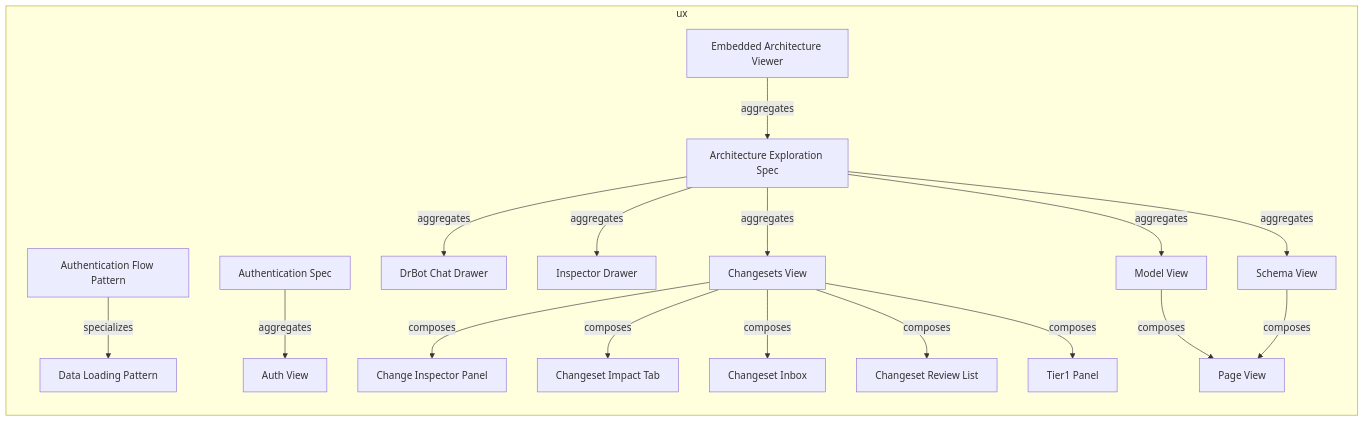
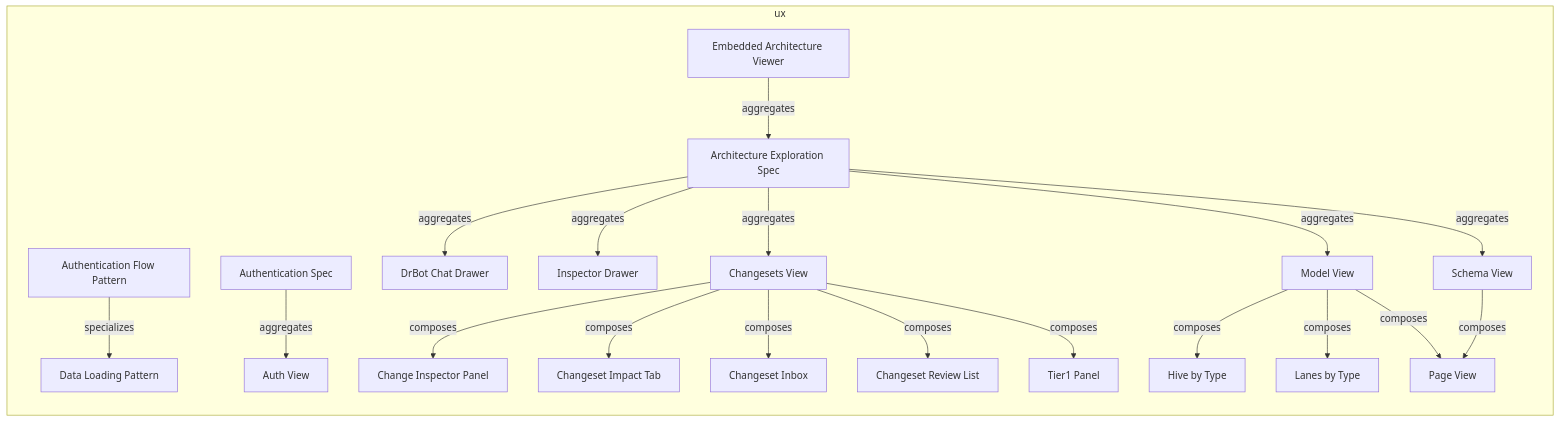
The first of 2 diagrams in documentation-robotics/reports/10-ux-layer-report.md (tinkermonkey/documentation_robotics_viewer), drawn with Mermaid before and after one commit. The commit also changed other lines of this file and 30 other files, not shown here.

First line of the commit message:
chore(dr): land the model-view-by-type and drbot-floating-panel plans

````diff
--- a/documentation-robotics/reports/10-ux-layer-report.md
+++ b/documentation-robotics/reports/10-ux-layer-report.md
@@ -32,37 +32,41 @@
 ```mermaid
 flowchart LR
   subgraph ux
     ux_statepattern_authentication_flow_pattern["Authentication Flow Pattern"]
     ux_statepattern_data_loading_pattern["Data Loading Pattern"]
     ux_subview_change_inspector_panel["Change Inspector Panel"]
     ux_subview_changeset_impact_tab["Changeset Impact Tab"]
     ux_subview_changeset_inbox["Changeset Inbox"]
     ux_subview_changeset_review_list["Changeset Review List"]
+    ux_subview_hive_by_type["Hive by Type"]
+    ux_subview_lanes_by_type["Lanes by Type"]
     ux_subview_page_view["Page View"]
     ux_subview_tier1_panel["Tier1 Panel"]
     ux_uxapplication_embedded_architecture_viewer["Embedded Architecture Viewer"]
     ux_uxspec_architecture_exploration_spec["Architecture Exploration Spec"]
     ux_uxspec_authentication_spec["Authentication Spec"]
     ux_view_auth_view["Auth View"]
     ux_view_changesets_view["Changesets View"]
     ux_view_dr_bot_chat_drawer["DrBot Chat Drawer"]
     ux_view_inspector_drawer["Inspector Drawer"]
     ux_view_model_view["Model View"]
     ux_view_schema_view["Schema View"]
     ux_statepattern_authentication_flow_pattern -->|specializes| ux_statepattern_data_loading_pattern
     ux_uxapplication_embedded_architecture_viewer -->|aggregates| ux_uxspec_architecture_exploration_spec
     ux_uxspec_architecture_exploration_spec -->|aggregates| ux_view_changesets_view
     ux_uxspec_architecture_exploration_spec -->|aggregates| ux_view_dr_bot_chat_drawer
     ux_uxspec_architecture_exploration_spec -->|aggregates| ux_view_inspector_drawer
     ux_uxspec_architecture_exploration_spec -->|aggregates| ux_view_model_view
     ux_uxspec_architecture_exploration_spec -->|aggregates| ux_view_schema_view
     ux_uxspec_authentication_spec -->|aggregates| ux_view_auth_view
     ux_view_changesets_view -->|composes| ux_subview_change_inspector_panel
     ux_view_changesets_view -->|composes| ux_subview_changeset_impact_tab
     ux_view_changesets_view -->|composes| ux_subview_changeset_inbox
     ux_view_changesets_view -->|composes| ux_subview_changeset_review_list
     ux_view_changesets_view -->|composes| ux_subview_tier1_panel
+    ux_view_model_view -->|composes| ux_subview_hive_by_type
+    ux_view_model_view -->|composes| ux_subview_lanes_by_type
     ux_view_model_view -->|composes| ux_subview_page_view
     ux_view_schema_view -->|composes| ux_subview_page_view
   end
 ```
````
